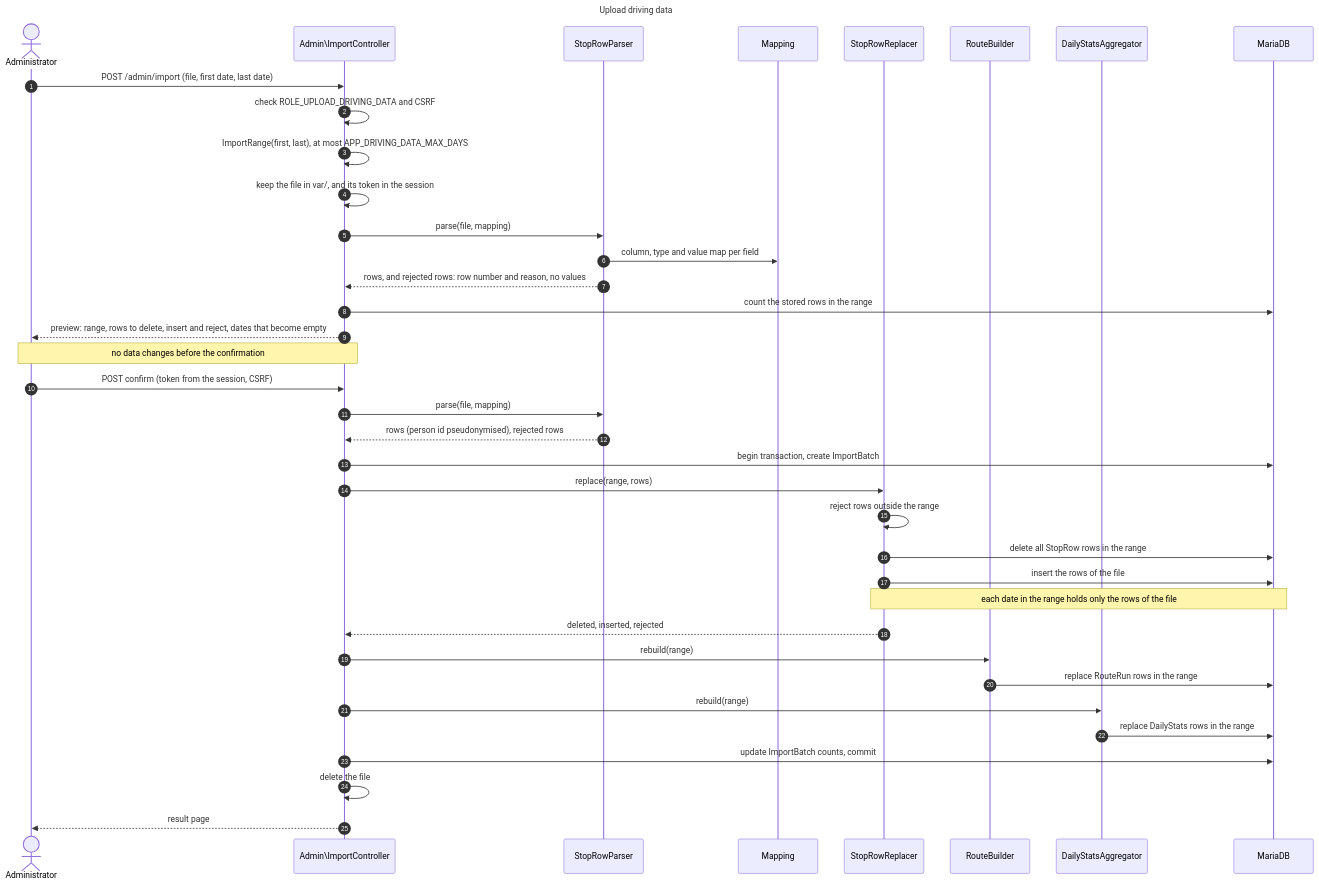
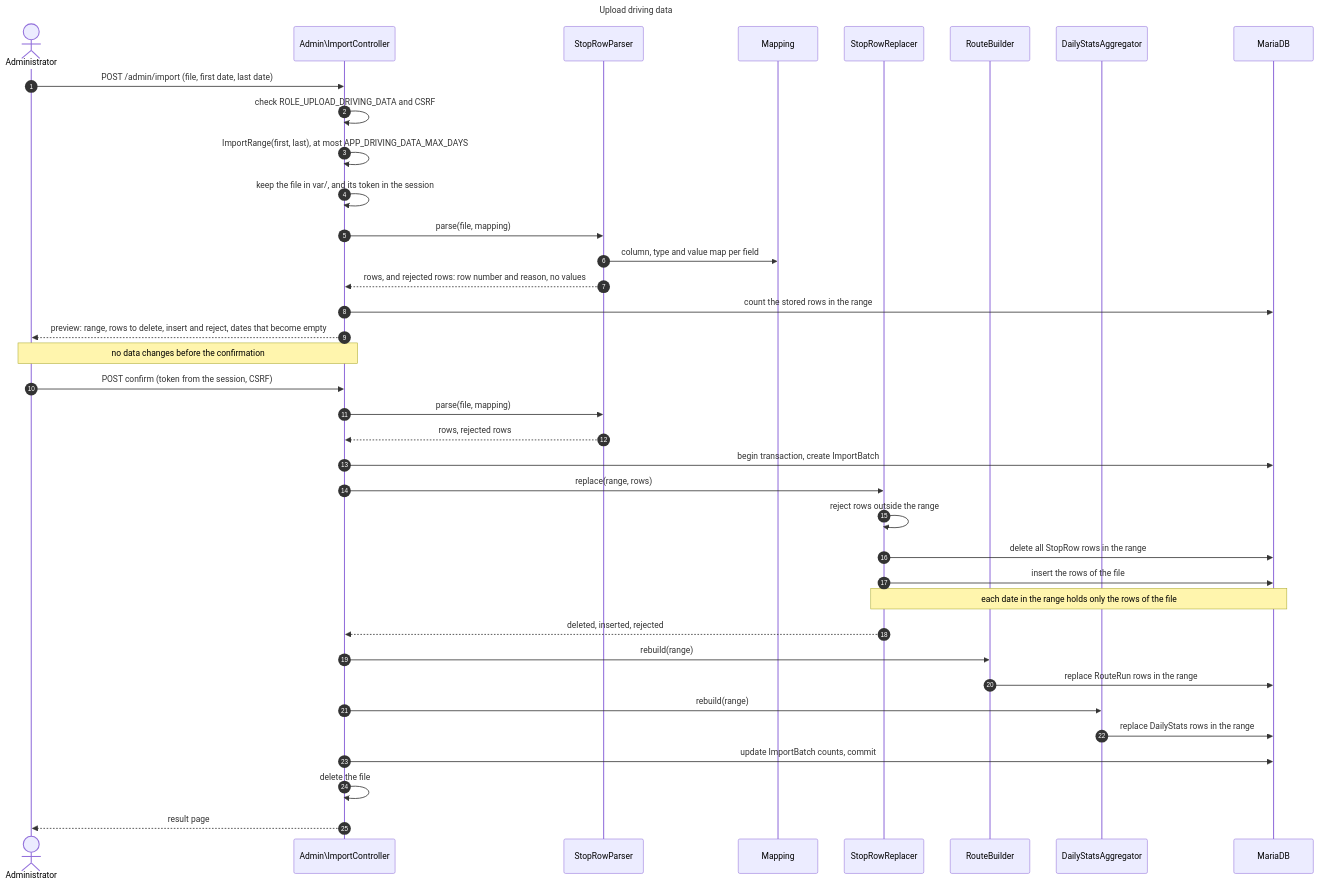
The diagram in docs/diagrams/upload-sequence.mmd (itk-dev/koerselsoverblik), drawn with Mermaid before and after one commit. The commit also changed 9 other files, not shown here.

```diff
--- a/docs/diagrams/upload-sequence.mmd
+++ b/docs/diagrams/upload-sequence.mmd
@@ -1,42 +1,42 @@
 ---
 title: Upload driving data
 ---
 sequenceDiagram
     autonumber
     actor Admin as Administrator
     participant C as Admin\ImportController
     participant P as StopRowParser
     participant M as Mapping
     participant U as StopRowReplacer
     participant B as RouteBuilder
     participant A as DailyStatsAggregator
     participant DB as MariaDB
 
     Admin->>C: POST /admin/import (file, first date, last date)
     C->>C: check ROLE_UPLOAD_DRIVING_DATA and CSRF
     C->>C: ImportRange(first, last), at most APP_DRIVING_DATA_MAX_DAYS
     C->>C: keep the file in var/, and its token in the session
     C->>P: parse(file, mapping)
     P->>M: column, type and value map per field
     P-->>C: rows, and rejected rows: row number and reason, no values
     C->>DB: count the stored rows in the range
     C-->>Admin: preview: range, rows to delete, insert and reject, dates that become empty
     Note over Admin,C: no data changes before the confirmation
 
     Admin->>C: POST confirm (token from the session, CSRF)
     C->>P: parse(file, mapping)
-    P-->>C: rows (person id pseudonymised), rejected rows
+    P-->>C: rows, rejected rows
     C->>DB: begin transaction, create ImportBatch
     C->>U: replace(range, rows)
     U->>U: reject rows outside the range
     U->>DB: delete all StopRow rows in the range
     U->>DB: insert the rows of the file
     Note over U,DB: each date in the range holds only the rows of the file
     U-->>C: deleted, inserted, rejected
     C->>B: rebuild(range)
     B->>DB: replace RouteRun rows in the range
     C->>A: rebuild(range)
     A->>DB: replace DailyStats rows in the range
     C->>DB: update ImportBatch counts, commit
     C->>C: delete the file
     C-->>Admin: result page
```
